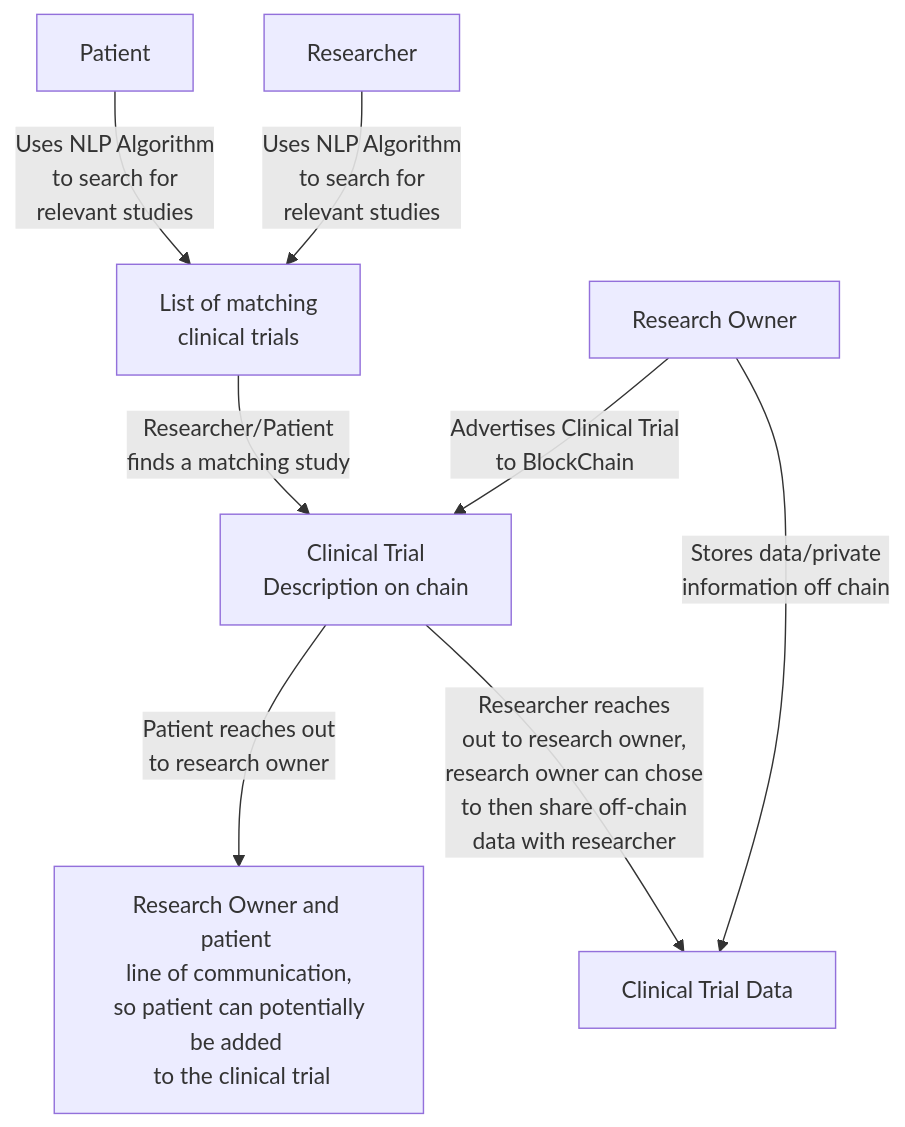
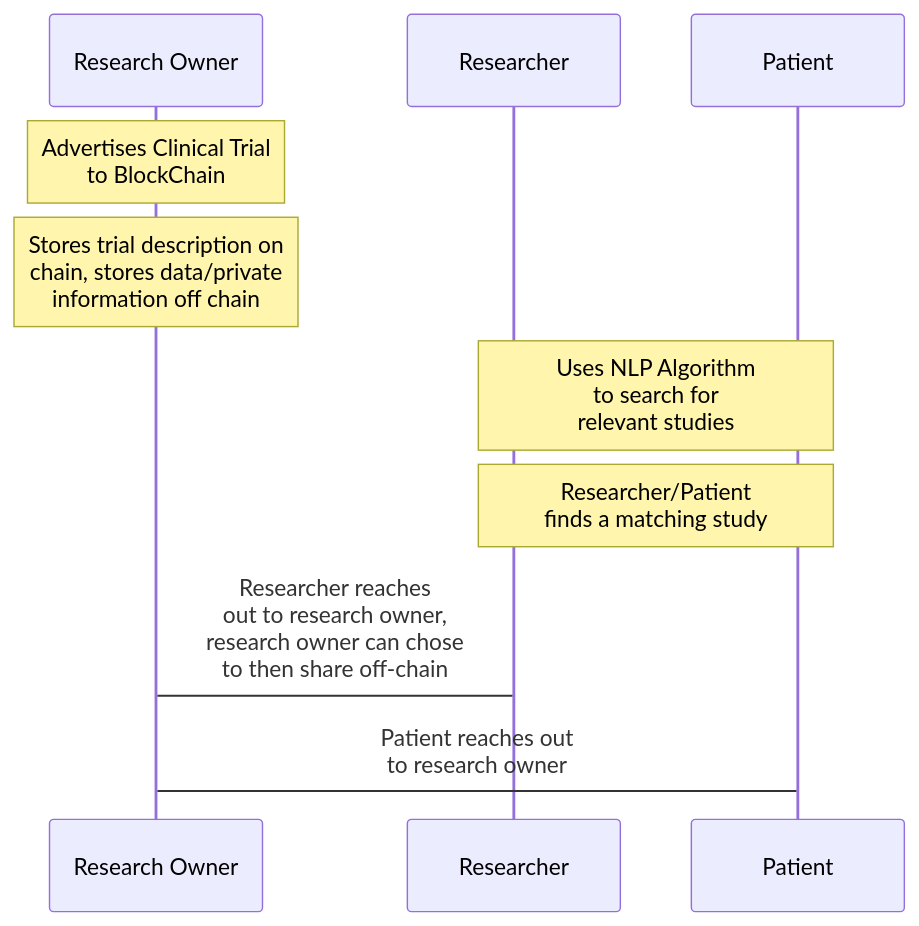
One commit to AI-and-Blockchain/S22_StudyBlock changed the first of 2 diagrams in README.md. Above: the diagram before and after it, drawn with Mermaid.

````diff
--- a/README.md
+++ b/README.md
@@ -18,10 +18,12 @@
 ```mermaid
-graph TB;
-    A[Research Owner] -- Advertises Clinical Trial <br> to BlockChain --> D[Clinical Trial <br> Description on chain]
-    A -- Stores data/private <br> information off chain --> E[Clinical Trial Data]
-    B[Researcher] -- Uses NLP Algorithm <br> to search for <br> relevant studies --> F[List of matching <br> clinical trials]
-    C[Patient] -- Uses NLP Algorithm <br> to search for <br> relevant studies --> F
-    F -- Researcher/Patient <br> finds a matching study --> D
-    D -- Patient reaches out <br> to research owner --> G[Research Owner and patient <br> line of communication, <br> so patient can potentially be added <br> to the clinical trial]
-    D -- Researcher reaches <br> out to research owner, <br> research owner can chose <br> to then share off-chain <br> data with researcher --> E
+sequenceDiagram;
+    Participant A as Research Owner
+    Participant B as Researcher
+    Participant C as Patient
+    Note over A: Advertises Clinical Trial <br> to BlockChain
+    Note over A: Stores trial description on <br> chain, stores data/private <br> information off chain
+    Note over B, C: Uses NLP Algorithm <br> to search for <br> relevant studies
+    Note over B,C: Researcher/Patient <br> finds a matching study
+    B -> A: Researcher reaches <br> out to research owner, <br> research owner can chose <br> to then share off-chain
+    C -> A: Patient reaches out <br> to research owner
 ```
````
